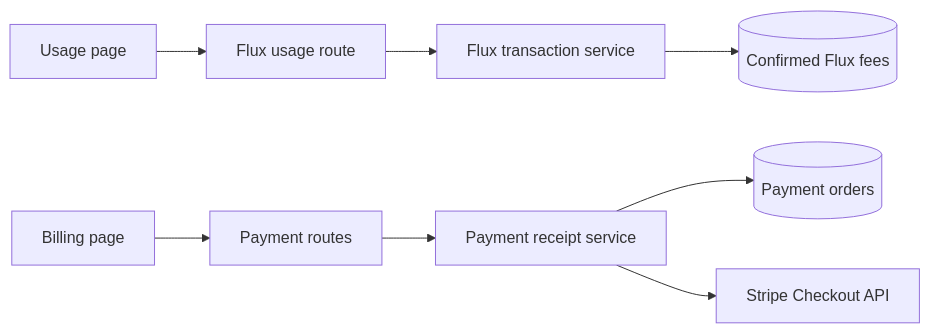
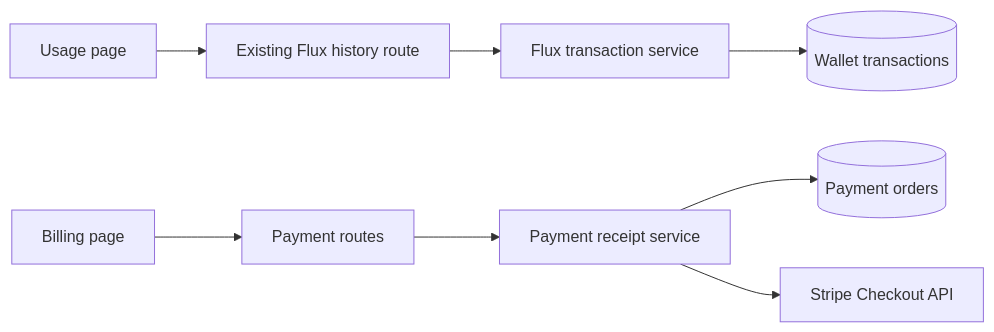
One commit to moeru-ai/airi changed the first of 2 diagrams in server/docs/ai/adr/2026-11-03-topup-order-receipts.md. Above: the diagram before and after it, drawn with Mermaid. The commit also changed other lines of this file and 5 other files, not shown here.

Commit message:
fix(flux): preserve original usage records

````diff
--- a/server/docs/ai/adr/2026-11-03-topup-order-receipts.md
+++ b/server/docs/ai/adr/2026-11-03-topup-order-receipts.md
@@ -61,10 +45,10 @@
 ```mermaid
 flowchart LR
-  Usage[Usage page] --> UsageRoute[Flux usage route]
-  UsageRoute --> Fees[Flux transaction service]
-  Fees --> FeeDB[(Confirmed Flux fees)]
+  Usage[Usage page] --> HistoryRoute[Existing Flux history route]
+  HistoryRoute --> History[Flux transaction service]
+  History --> Wallet[(Wallet transactions)]
   Billing[Billing page] --> Payments[Payment routes]
   Payments --> Receipts[Payment receipt service]
   Receipts --> Orders[(Payment orders)]
   Receipts --> Stripe[Stripe Checkout API]
 ```
````
